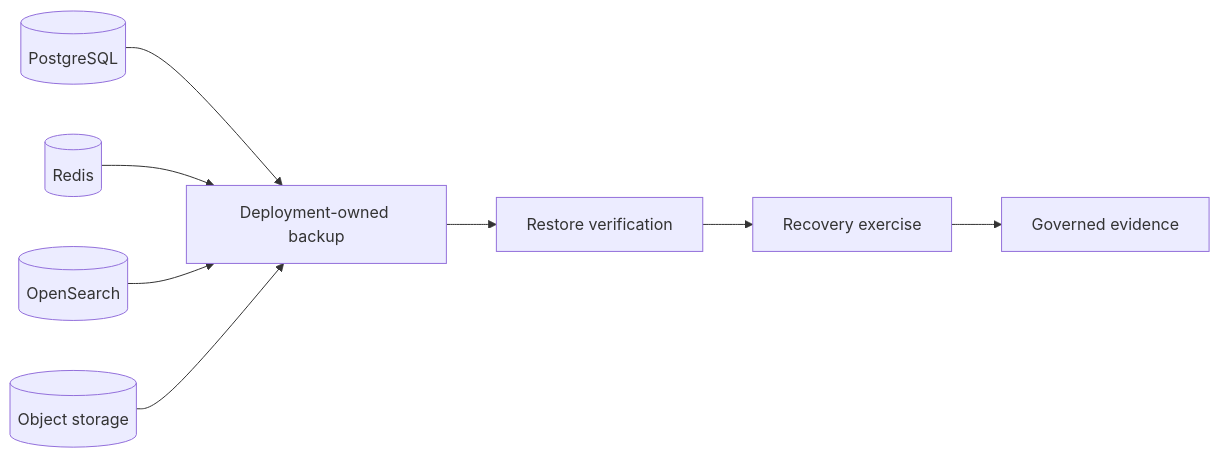
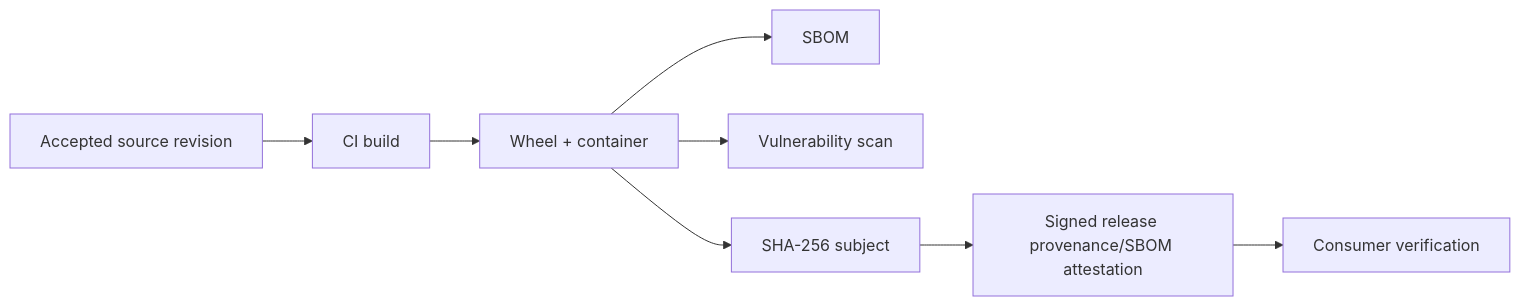
The diagram in docs/README.md (GJvManen/dtmo), drawn with Mermaid before and after one commit. The commit also changed other lines of this file, not shown here.

````diff
--- a/docs/README.md
+++ b/docs/README.md
@@ -88,10 +90,10 @@
 ```mermaid
 flowchart LR
-    PG[(PostgreSQL)] --> B[Deployment-owned backup]
-    R[(Redis)] --> B
-    O[(OpenSearch)] --> B
-    S[(Object storage)] --> B
-    B --> V[Restore verification]
-    V --> X[Recovery exercise]
-    X --> E[Governed evidence]
+    S[Accepted source revision] --> B[CI build]
+    B --> A[Wheel + container]
+    A --> SB[SBOM]
+    A --> V[Vulnerability scan]
+    A --> H[SHA-256 subject]
+    H --> P[Signed release provenance/SBOM attestation]
+    P --> X[Consumer verification]
 ```
````
